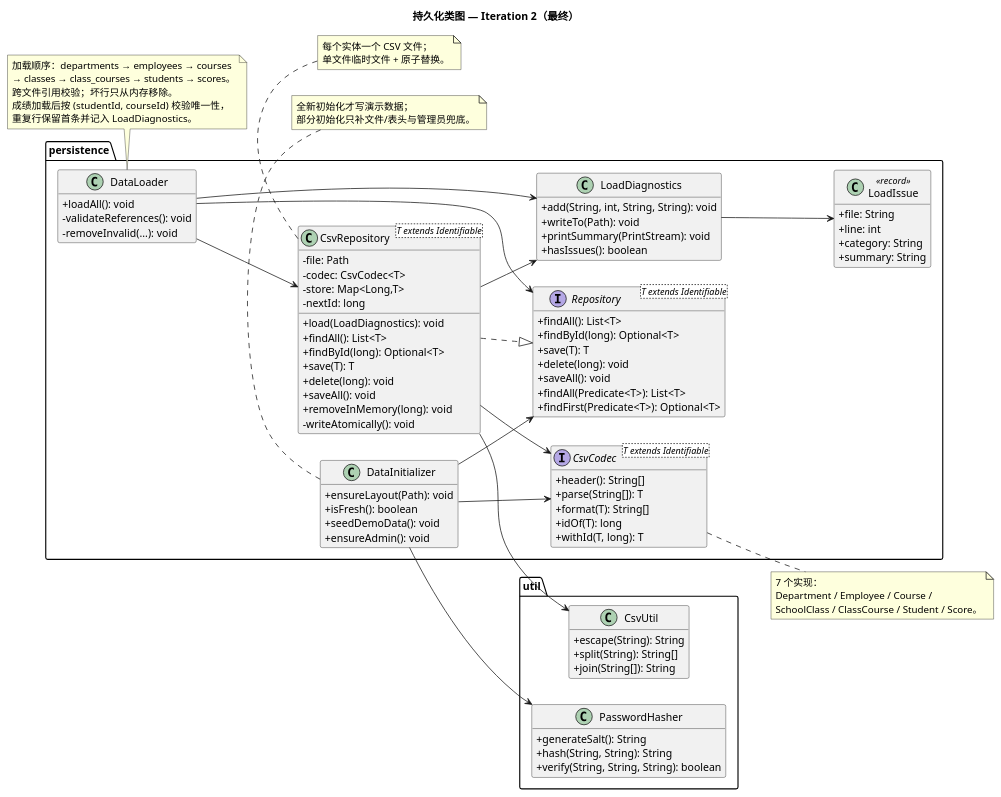
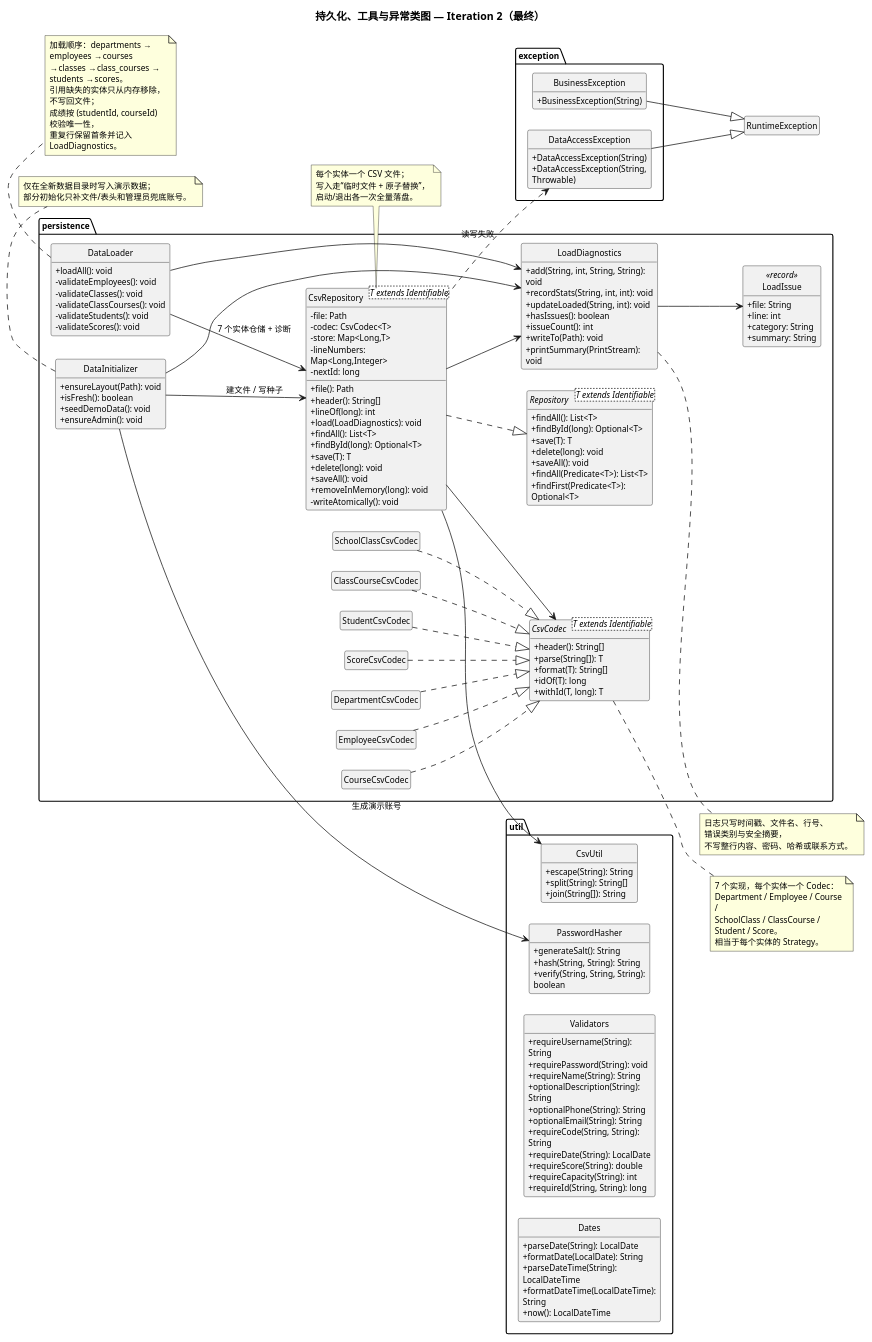
One commit to 382479637/Black-horse-Intelligent-Learning-Auxiliary-System changed the diagram in docs/design/iterations/iteration-2/diagrams/class-persistence-iteration-2.puml. Above: the diagram before and after it, drawn with PlantUML. The commit also changed 11 other files, not shown here.

First line of the commit message:
Redraw final Iteration-2 class diagrams and use case diagram

```diff
--- a/docs/design/iterations/iteration-2/diagrams/class-persistence-iteration-2.puml
+++ b/docs/design/iterations/iteration-2/diagrams/class-persistence-iteration-2.puml
@@ -1,121 +1,192 @@
 @startuml
-title 持久化类图 — Iteration 2（最终）
+title 持久化、工具与异常类图 — Iteration 2（最终）
 skinparam classAttributeIconSize 0
+skinparam defaultFontName "Microsoft YaHei"
+skinparam defaultFontSize 11
+skinparam wrapWidth 170
+skinparam nodesep 28
+skinparam ranksep 38
 hide empty members
+hide circle
 left to right direction
 
 package "persistence" {
   interface "Repository<T extends Identifiable>" as Repository {
     + findAll(): List<T>
     + findById(long): Optional<T>
     + save(T): T
     + delete(long): void
     + saveAll(): void
     + findAll(Predicate<T>): List<T>
     + findFirst(Predicate<T>): Optional<T>
   }
 
   interface "CsvCodec<T extends Identifiable>" as CsvCodec {
     + header(): String[]
     + parse(String[]): T
     + format(T): String[]
     + idOf(T): long
     + withId(T, long): T
   }
 
   class "CsvRepository<T extends Identifiable>" as CsvRepository {
     - file: Path
     - codec: CsvCodec<T>
     - store: Map<Long,T>
+    - lineNumbers: Map<Long,Integer>
     - nextId: long
+    + file(): Path
+    + header(): String[]
+    + lineOf(long): int
     + load(LoadDiagnostics): void
     + findAll(): List<T>
     + findById(long): Optional<T>
     + save(T): T
     + delete(long): void
     + saveAll(): void
     + removeInMemory(long): void
     - writeAtomically(): void
   }
 
   class DataLoader {
     + loadAll(): void
-    - validateReferences(): void
-    - removeInvalid(...): void
+    - validateEmployees(): void
+    - validateClasses(): void
+    - validateClassCourses(): void
+    - validateStudents(): void
+    - validateScores(): void
   }
 
   class DataInitializer {
     + ensureLayout(Path): void
     + isFresh(): boolean
     + seedDemoData(): void
     + ensureAdmin(): void
   }
 
   class LoadDiagnostics {
     + add(String, int, String, String): void
+    + recordStats(String, int, int): void
+    + updateLoaded(String, int): void
+    + hasIssues(): boolean
+    + issueCount(): int
     + writeTo(Path): void
     + printSummary(PrintStream): void
-    + hasIssues(): boolean
   }
 
   class LoadIssue <<record>> {
     + file: String
     + line: int
     + category: String
     + summary: String
   }
+
+  class DepartmentCsvCodec
+  class EmployeeCsvCodec
+  class CourseCsvCodec
+  class SchoolClassCsvCodec
+  class ClassCourseCsvCodec
+  class StudentCsvCodec
+  class ScoreCsvCodec
 }
 
 package "util" {
   class CsvUtil {
     + escape(String): String
     + split(String): String[]
     + join(String[]): String
   }
   class PasswordHasher {
     + generateSalt(): String
     + hash(String, String): String
     + verify(String, String, String): boolean
   }
+  class Validators {
+    + requireUsername(String): String
+    + requirePassword(String): void
+    + requireName(String): String
+    + optionalDescription(String): String
+    + optionalPhone(String): String
+    + optionalEmail(String): String
+    + requireCode(String, String): String
+    + requireDate(String): LocalDate
+    + requireScore(String): double
+    + requireCapacity(String): int
+    + requireId(String, String): long
+  }
+  class Dates {
+    + parseDate(String): LocalDate
+    + formatDate(LocalDate): String
+    + parseDateTime(String): LocalDateTime
+    + formatDateTime(LocalDateTime): String
+    + now(): LocalDateTime
+  }
+}
+
+package "exception" {
+  class BusinessException {
+    + BusinessException(String)
+  }
+  class DataAccessException {
+    + DataAccessException(String)
+    + DataAccessException(String, Throwable)
+  }
 }
 
 CsvRepository ..|> Repository
 CsvRepository --> CsvCodec
+CsvRepository --> CsvUtil
 CsvRepository --> LoadDiagnostics
-CsvRepository --> CsvUtil
+CsvRepository ..> DataAccessException : 读写失败
 
-DataLoader --> Repository
-DataLoader --> CsvRepository
+DepartmentCsvCodec ..|> CsvCodec
+EmployeeCsvCodec ..|> CsvCodec
+CourseCsvCodec ..|> CsvCodec
+SchoolClassCsvCodec ..|> CsvCodec
+ClassCourseCsvCodec ..|> CsvCodec
+StudentCsvCodec ..|> CsvCodec
+ScoreCsvCodec ..|> CsvCodec
+
+DataLoader --> CsvRepository : 7 个实体仓储 + 诊断
 DataLoader --> LoadDiagnostics
-
-DataInitializer --> Repository
-DataInitializer --> CsvCodec
-DataInitializer --> PasswordHasher
+DataInitializer --> CsvRepository : 建文件 / 写种子
+DataInitializer --> PasswordHasher : 生成演示账号
+DataInitializer --> LoadDiagnostics
 
 LoadDiagnostics --> LoadIssue
+BusinessException --|> RuntimeException
+DataAccessException --|> RuntimeException
 
 note right of CsvCodec
-  7 个实现：
+  7 个实现，每个实体一个 Codec：
   Department / Employee / Course /
   SchoolClass / ClassCourse / Student / Score。
+  相当于每个实体的 Strategy。
 end note
 
 note bottom of DataLoader
   加载顺序：departments → employees → courses
   → classes → class_courses → students → scores。
-  跨文件引用校验；坏行只从内存移除。
-  成绩加载后按 (studentId, courseId) 校验唯一性，
+  引用缺失的实体只从内存移除，不写回文件；
+  成绩按 (studentId, courseId) 校验唯一性，
   重复行保留首条并记入 LoadDiagnostics。
 end note
 
 note bottom of DataInitializer
-  全新初始化才写演示数据；
-  部分初始化只补文件/表头与管理员兜底。
+  仅在全新数据目录时写入演示数据；
+  部分初始化只补文件/表头和管理员兜底账号。
 end note
 
 note bottom of CsvRepository
   每个实体一个 CSV 文件；
-  单文件临时文件 + 原子替换。
+  写入走“临时文件 + 原子替换”，
+  启动/退出各一次全量落盘。
+end note
+
+note right of LoadDiagnostics
+  日志只写时间戳、文件名、行号、
+  错误类别与安全摘要，
+  不写整行内容、密码、哈希或联系方式。
 end note
 
 @enduml
```
